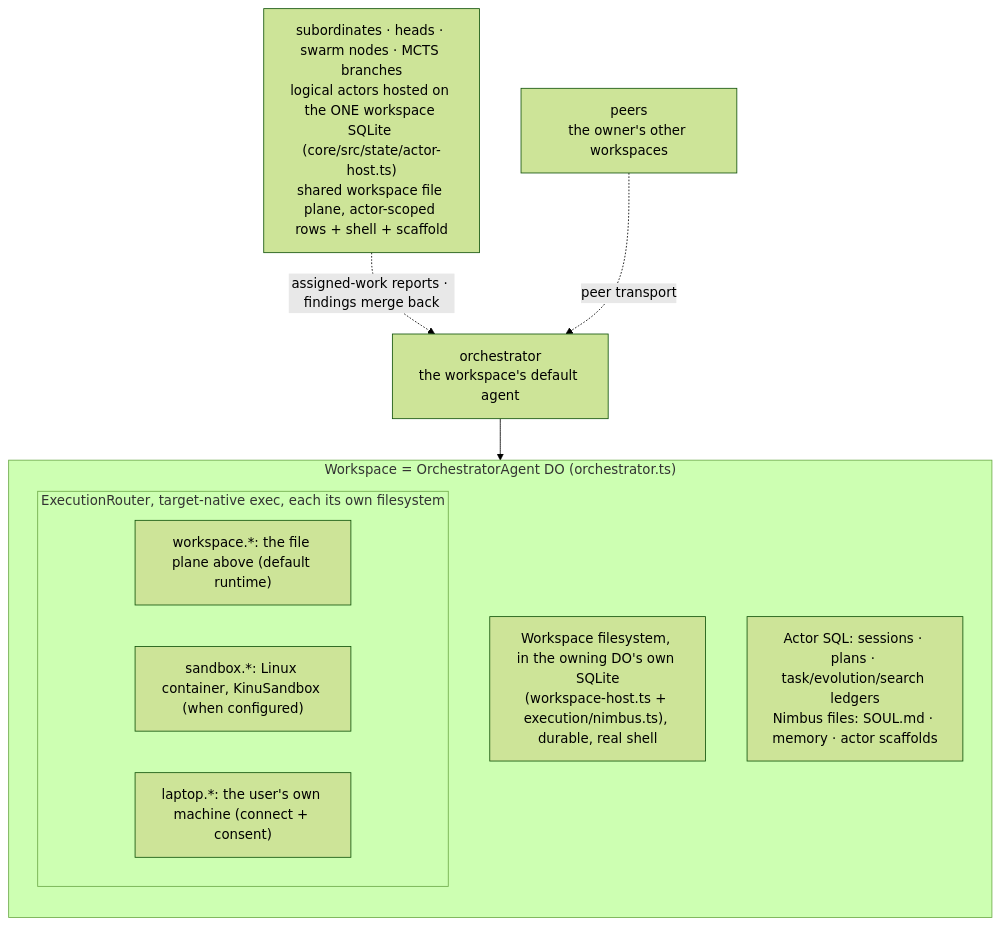
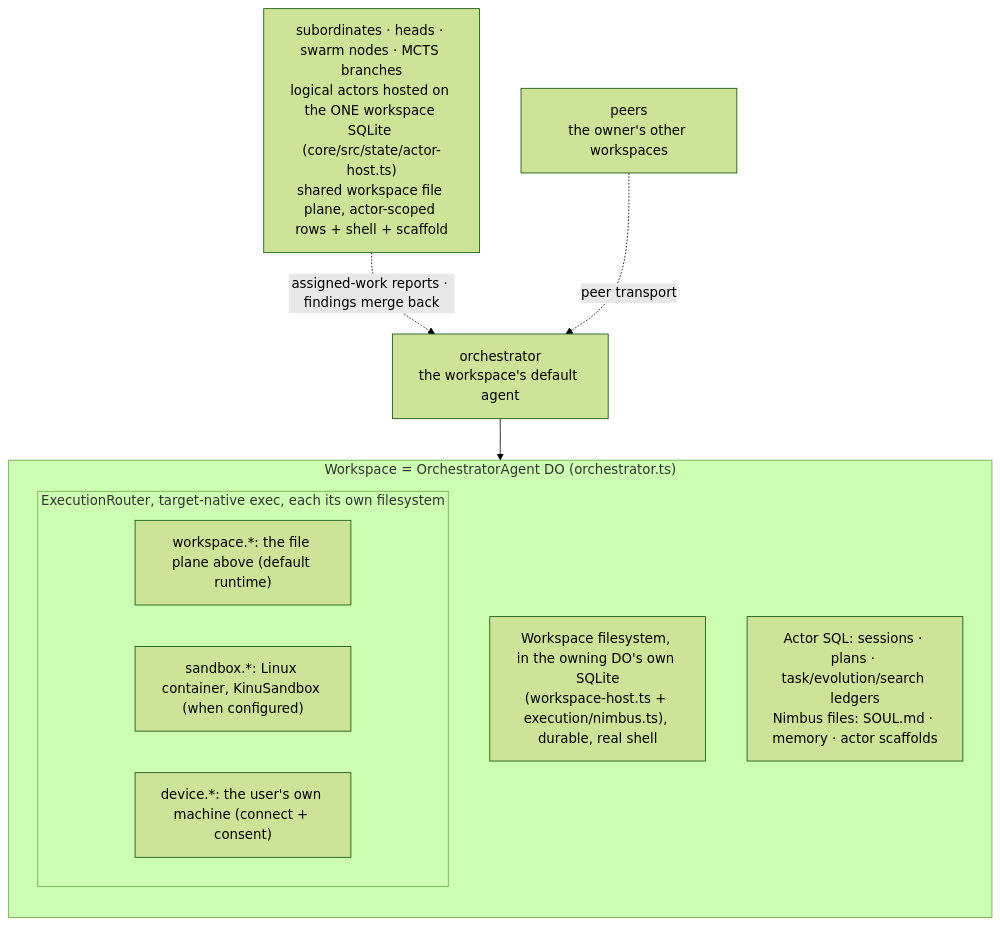
Before and after one commit to AshishKumar4/kinu: the first of 5 diagrams in docs/ARCHITECTURE.md, drawn with Mermaid (forest theme). The commit also changed other lines of this file and 190 other files, not shown here.

````diff
--- a/docs/ARCHITECTURE.md
+++ b/docs/ARCHITECTURE.md
@@ -25,17 +25,17 @@
 ```mermaid
 graph TB
     subgraph WS["Workspace = OrchestratorAgent DO (orchestrator.ts)"]
         direction TB
         Files["Workspace filesystem, in the owning DO's own SQLite<br/>(workspace-host.ts + execution/nimbus.ts), durable, real shell"]
         subgraph Execs["ExecutionRouter, target-native exec, each its own filesystem"]
             W["workspace.*: the file plane above (default runtime)"]
             S["sandbox.*: Linux container, KinuSandbox (when configured)"]
-            P["laptop.*: the user's own machine (connect + consent)"]
+            P["device.*: the user's own machine (connect + consent)"]
         end
         State["Actor SQL: sessions · plans · task/evolution/search ledgers<br/>Nimbus files: SOUL.md · memory · actor scaffolds"]
     end
 
     Orch["orchestrator<br/>the workspace's default agent"] --> WS
     Subs["subordinates · heads · swarm nodes · MCTS branches<br/>logical actors hosted on the ONE workspace SQLite (core/src/state/actor-host.ts)<br/>shared workspace file plane, actor-scoped rows + shell + scaffold"] -.->|assigned-work reports · findings merge back| Orch
     Peers["peers<br/>the owner's other workspaces"] -.->|peer transport| Orch
 ```
````
